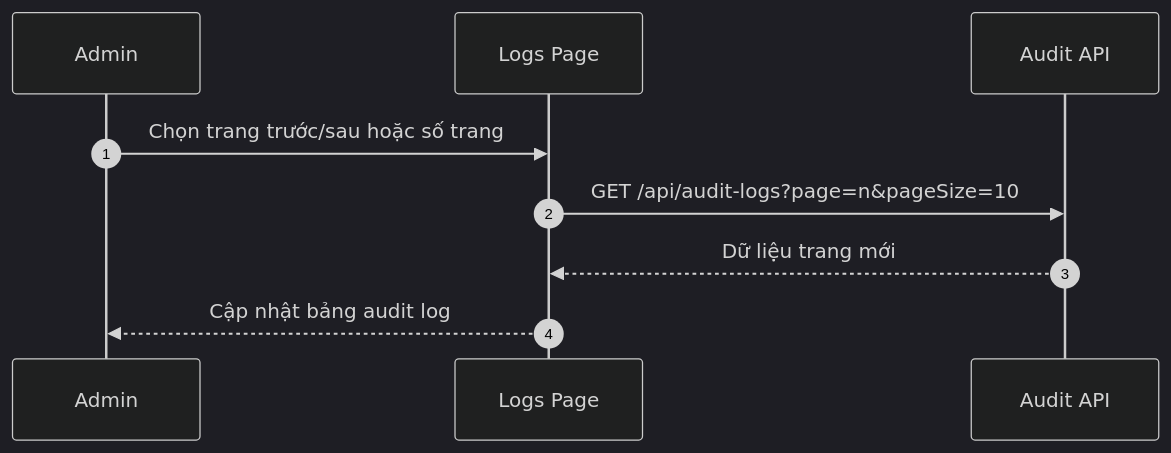
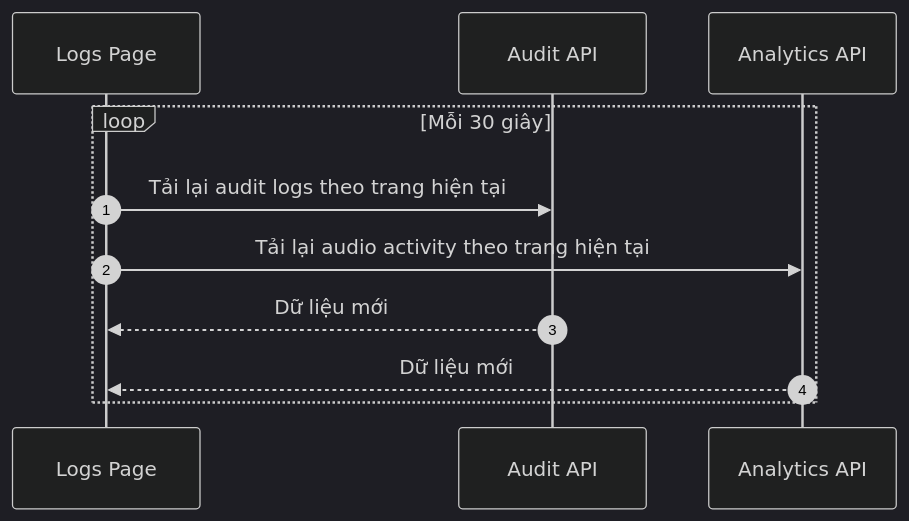
One commit to sangnp-s-organiztion/food-market-narrator changed diagram 16 of 24 in docs/sequence/flow-admin.md. Above: the diagram before and after it, drawn with Mermaid (dark theme). The commit also changed other lines of this file and 3 other files, not shown here.

Commit message:
cập nhật flow-admin

````diff
--- a/docs/sequence/flow-admin.md
+++ b/docs/sequence/flow-admin.md
@@ -381,12 +330,14 @@
 ```mermaid
 sequenceDiagram
     autonumber
-    participant U as Admin
     participant FE as Logs Page
     participant AUD as Audit API
+    participant ANA as Analytics API
 
-    U->>FE: Chọn trang trước/sau hoặc số trang
-    FE->>AUD: GET /api/audit-logs?page=n&pageSize=10
-    AUD-->>FE: Dữ liệu trang mới
-    FE-->>U: Cập nhật bảng audit log
+    loop Mỗi 30 giây
+        FE->>AUD: Tải lại audit logs theo trang hiện tại
+        FE->>ANA: Tải lại audio activity theo trang hiện tại
+        AUD-->>FE: Dữ liệu mới
+        ANA-->>FE: Dữ liệu mới
+    end
 ```
````
